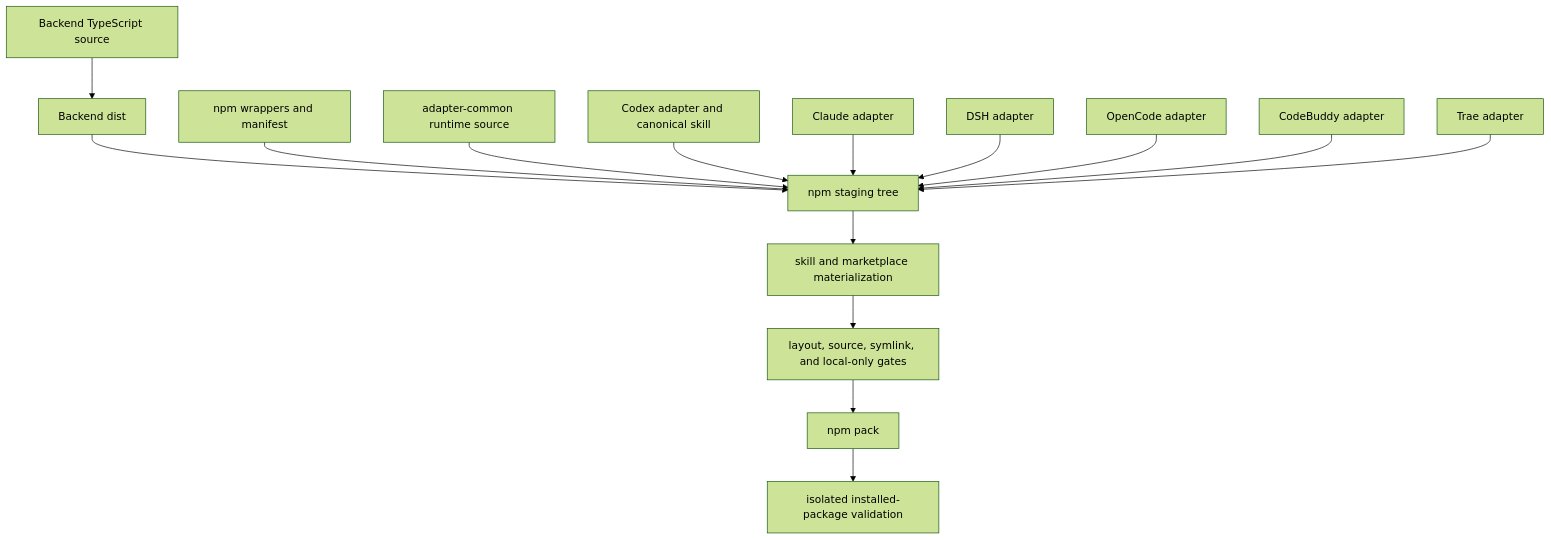
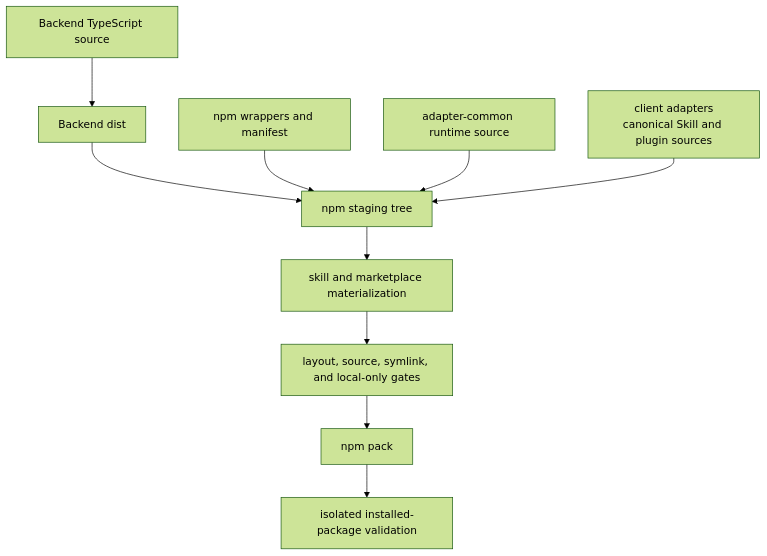
Before and after one commit to SimonEskildse/memorax-code: the seventh of 7 diagrams in ARCHITECTURE.md, drawn with Mermaid (forest theme). The commit also changed other lines of this file, not shown here.

Commit message:
docs:(architecture) streamline ownership and lifecycle guidance

````diff
--- a/ARCHITECTURE.md
+++ b/ARCHITECTURE.md
@@ -904,33 +850,23 @@
 ```mermaid
 flowchart TD
   BackendSource["Backend TypeScript source"]
   BackendBuild["Backend dist"]
   NpmSource["npm wrappers and manifest"]
   CommonSource["adapter-common runtime source"]
-  CodexSource["Codex adapter and canonical skill"]
-  ClaudeSource["Claude adapter"]
-  DshSource["DSH adapter"]
-  OpenCodeSource["OpenCode adapter"]
-  CodeBuddySource["CodeBuddy adapter"]
-  TraeSource["Trae adapter"]
+  AdapterSource["client adapters<br/>canonical Skill and plugin sources"]
   Stage["npm staging tree"]
   Materialize["skill and marketplace materialization"]
   Gates["layout, source, symlink, and local-only gates"]
   Pack["npm pack"]
   InstallTest["isolated installed-package validation"]
 
   BackendSource --> BackendBuild
   BackendBuild --> Stage
   NpmSource --> Stage
   CommonSource --> Stage
-  CodexSource --> Stage
-  ClaudeSource --> Stage
-  DshSource --> Stage
-  OpenCodeSource --> Stage
-  CodeBuddySource --> Stage
-  TraeSource --> Stage
+  AdapterSource --> Stage
   Stage --> Materialize
   Materialize --> Gates
   Gates --> Pack
   Pack --> InstallTest
 ```
````
